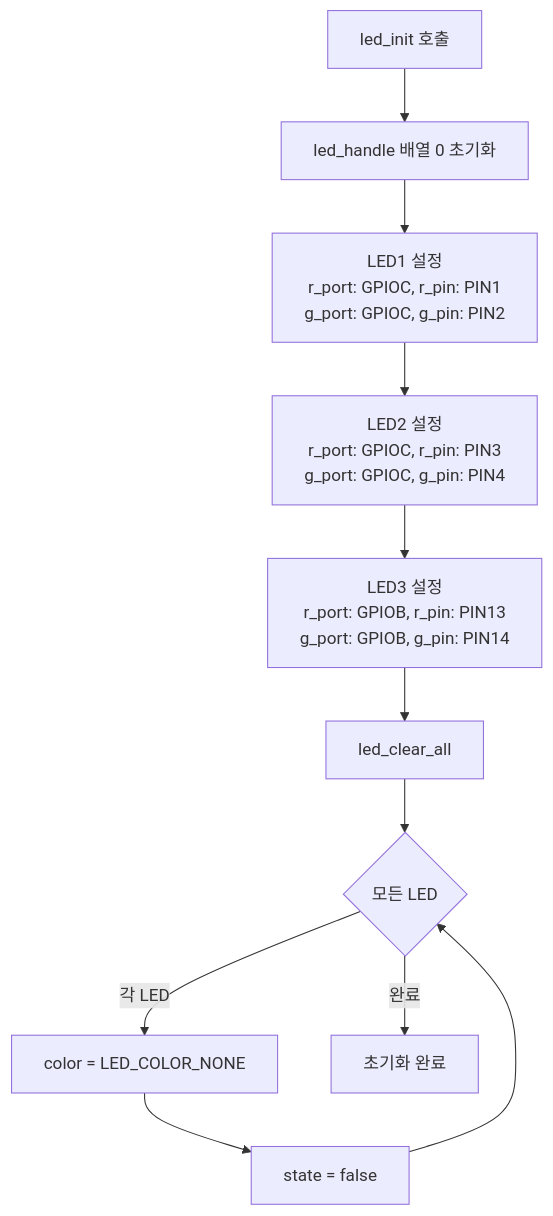
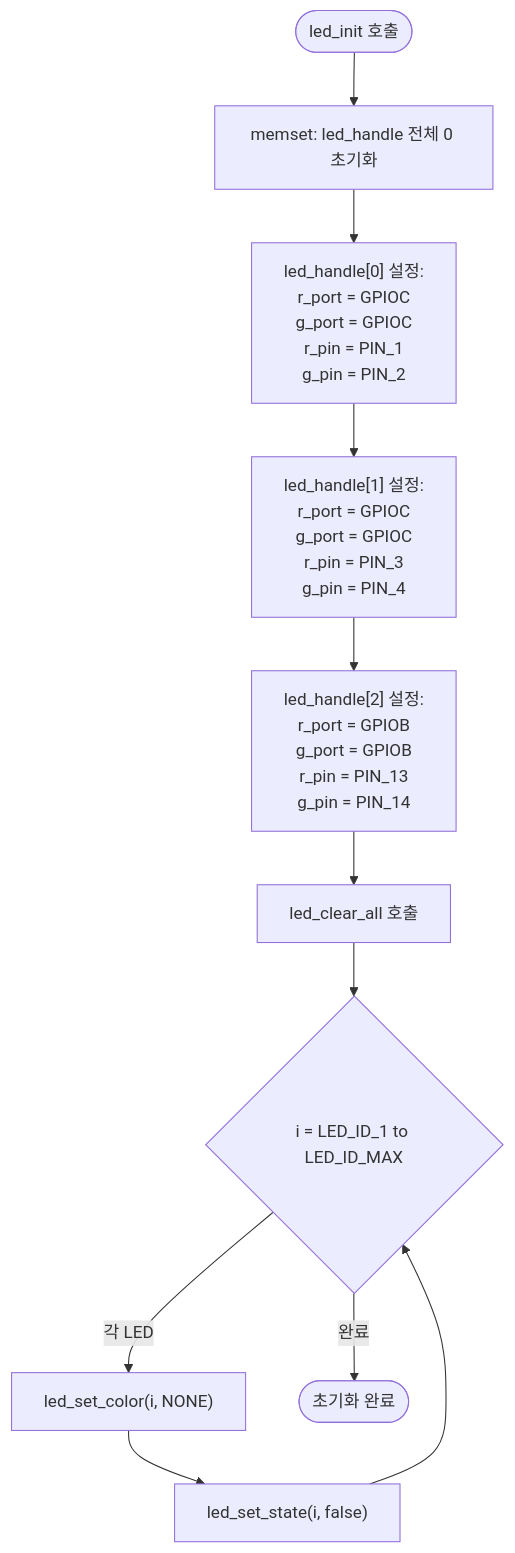
Before and after one commit to mj-kang-iotiz/my_test: the third of 7 diagrams in docs/LED_LIBRARY.md, drawn with Mermaid. The commit also changed other lines of this file and 2 other files, not shown here.

First line of the commit message:
docs: GPS, GSM, LED 라이브러리 기술 문서 대폭 보강

````diff
--- a/docs/LED_LIBRARY.md
+++ b/docs/LED_LIBRARY.md
@@ -171,15 +359,16 @@
 ```mermaid
 flowchart TD
-    START[led_init 호출] --> MEMSET[led_handle 배열 0 초기화]
+    START([led_init 호출]) --> MEMSET[memset: led_handle 전체 0 초기화]
 
-    MEMSET --> CONFIG1[LED1 설정<br/>r_port: GPIOC, r_pin: PIN1<br/>g_port: GPIOC, g_pin: PIN2]
-    CONFIG1 --> CONFIG2[LED2 설정<br/>r_port: GPIOC, r_pin: PIN3<br/>g_port: GPIOC, g_pin: PIN4]
-    CONFIG2 --> CONFIG3[LED3 설정<br/>r_port: GPIOB, r_pin: PIN13<br/>g_port: GPIOB, g_pin: PIN14]
+    MEMSET --> CONFIG1["led_handle[0] 설정:<br/>r_port = GPIOC<br/>g_port = GPIOC<br/>r_pin = PIN_1<br/>g_pin = PIN_2"]
+    CONFIG1 --> CONFIG2["led_handle[1] 설정:<br/>r_port = GPIOC<br/>g_port = GPIOC<br/>r_pin = PIN_3<br/>g_pin = PIN_4"]
+    CONFIG2 --> CONFIG3["led_handle[2] 설정:<br/>r_port = GPIOB<br/>g_port = GPIOB<br/>r_pin = PIN_13<br/>g_pin = PIN_14"]
 
-    CONFIG3 --> CLEAR[led_clear_all]
-    CLEAR --> LOOP{모든 LED}
-    LOOP -->|각 LED| SET_NONE[color = LED_COLOR_NONE]
-    SET_NONE --> SET_OFF[state = false]
+    CONFIG3 --> CLEAR[led_clear_all 호출]
+
+    CLEAR --> LOOP{i = LED_ID_1 to LED_ID_MAX}
+    LOOP -->|각 LED| SET_NONE["led_set_color(i, NONE)"]
+    SET_NONE --> SET_OFF["led_set_state(i, false)"]
     SET_OFF --> LOOP
-    LOOP -->|완료| END[초기화 완료]
+    LOOP -->|완료| END([초기화 완료])
 ```
````
